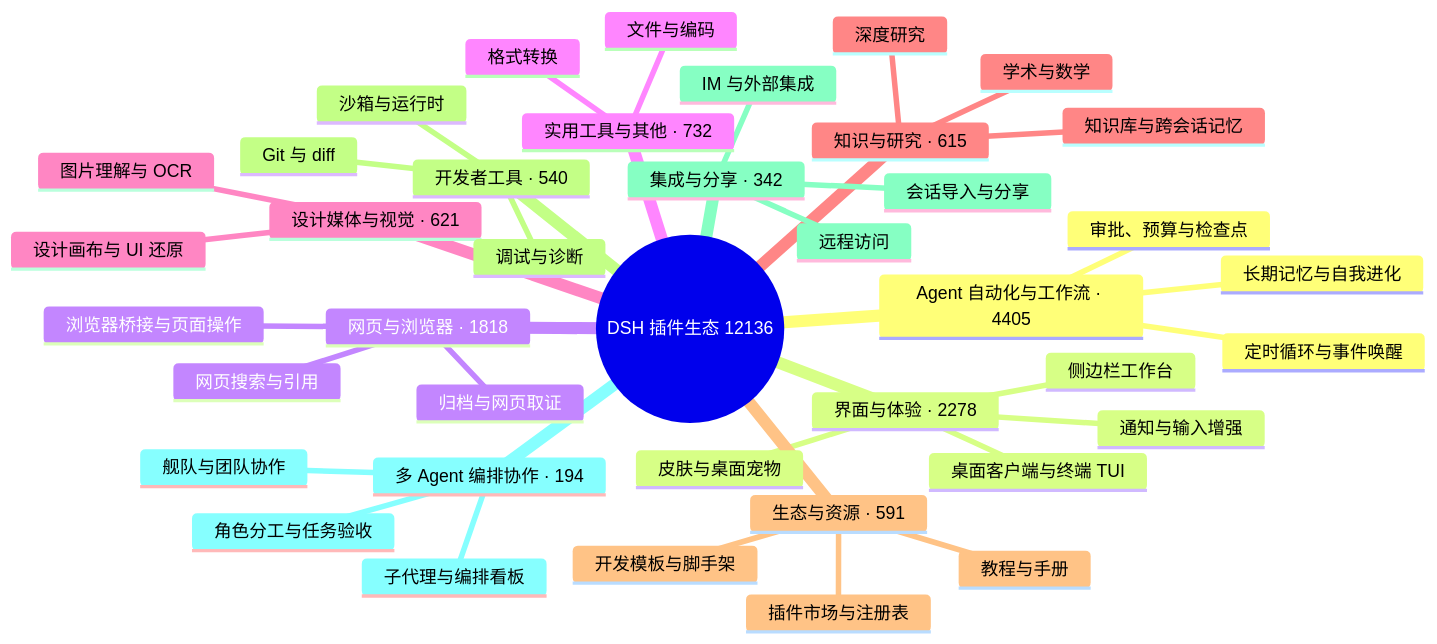
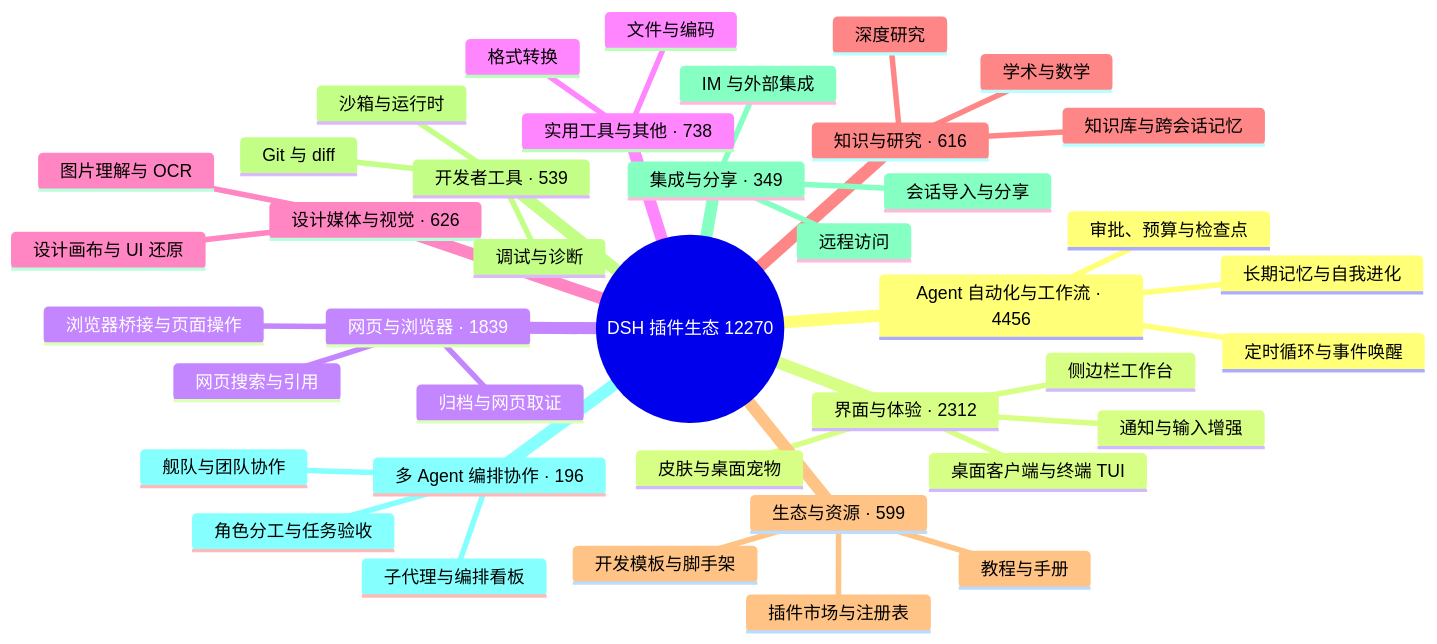
One commit to BOWLUNA/awesome-dsh-plugin changed the diagram in README.md. Above: the diagram before and after it, drawn with Mermaid. The commit also changed other lines of this file and 20 other files, not shown here.

````diff
--- a/README.md
+++ b/README.md
@@ -33,43 +33,43 @@
 ```mermaid
 mindmap
-  root((DSH 插件生态 12136))
-    Agent 自动化与工作流 · 4405
+  root((DSH 插件生态 12270))
+    Agent 自动化与工作流 · 4456
       定时循环与事件唤醒
       长期记忆与自我进化
       审批、预算与检查点
-    界面与体验 · 2278
+    界面与体验 · 2312
       桌面客户端与终端 TUI
       侧边栏工作台
       皮肤与桌面宠物
       通知与输入增强
-    网页与浏览器 · 1818
+    网页与浏览器 · 1839
       浏览器桥接与页面操作
       网页搜索与引用
       归档与网页取证
-    实用工具与其他 · 732
+    实用工具与其他 · 738
       文件与编码
       格式转换
-    设计媒体与视觉 · 621
+    设计媒体与视觉 · 626
       图片理解与 OCR
       设计画布与 UI 还原
-    知识与研究 · 615
+    知识与研究 · 616
       知识库与跨会话记忆
       深度研究
       学术与数学
-    生态与资源 · 591
+    生态与资源 · 599
       插件市场与注册表
       开发模板与脚手架
       教程与手册
-    开发者工具 · 540
+    开发者工具 · 539
       Git 与 diff
       沙箱与运行时
       调试与诊断
-    集成与分享 · 342
+    集成与分享 · 349
       会话导入与分享
       远程访问
       IM 与外部集成
-    多 Agent 编排协作 · 194
+    多 Agent 编排协作 · 196
       子代理与编排看板
       舰队与团队协作
       角色分工与任务验收
 ```
````
